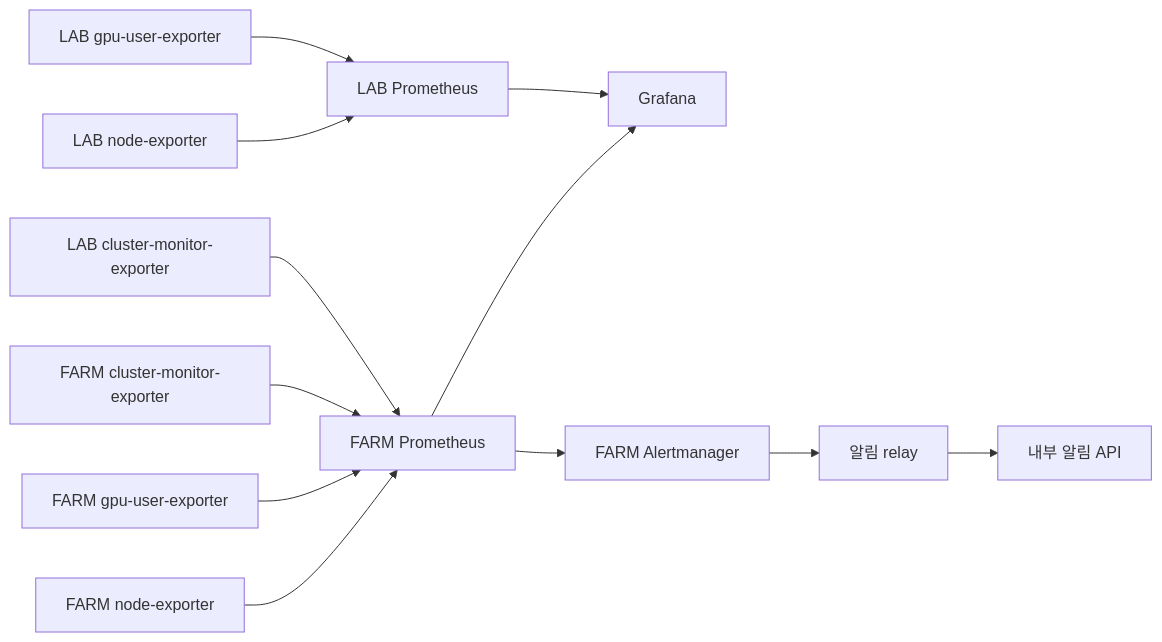
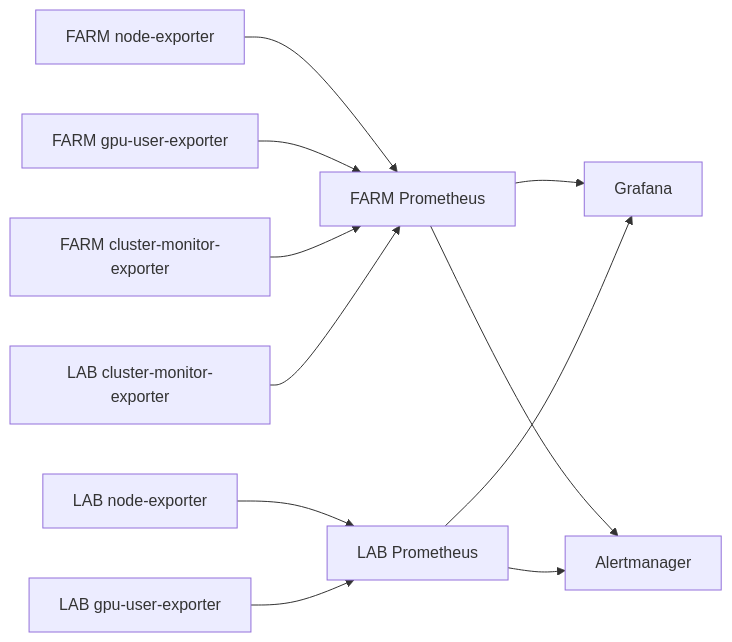
One commit to CSID-DGU/admin_wiki changed the diagram in md/system/monitoring/design.md. Above: the diagram before and after it, drawn with Mermaid. The commit also changed other lines of this file and 2 other files, not shown here.

````diff
--- a/md/system/monitoring/design.md
+++ b/md/system/monitoring/design.md
@@ -36,14 +36,13 @@
 ```mermaid
 flowchart LR
     NODE_F["FARM node-exporter"] --> PF["FARM Prometheus"]
     NODE_L["LAB node-exporter"] --> PL["LAB Prometheus"]
     GPU_F["FARM gpu-user-exporter"] --> PF
     GPU_L["LAB gpu-user-exporter"] --> PL
     CM_F["FARM cluster-monitor-exporter"] --> PF
     CM_L["LAB cluster-monitor-exporter"] --> PF
     PF --> GRAFANA["Grafana"]
     PL --> GRAFANA
-    PF --> ALERT["FARM Alertmanager"]
-    ALERT --> RELAY["알림 relay"]
-    RELAY --> API["내부 알림 API"]
+    PF --> ALERT["Alertmanager"]
+    PL --> ALERT
 ```
````
